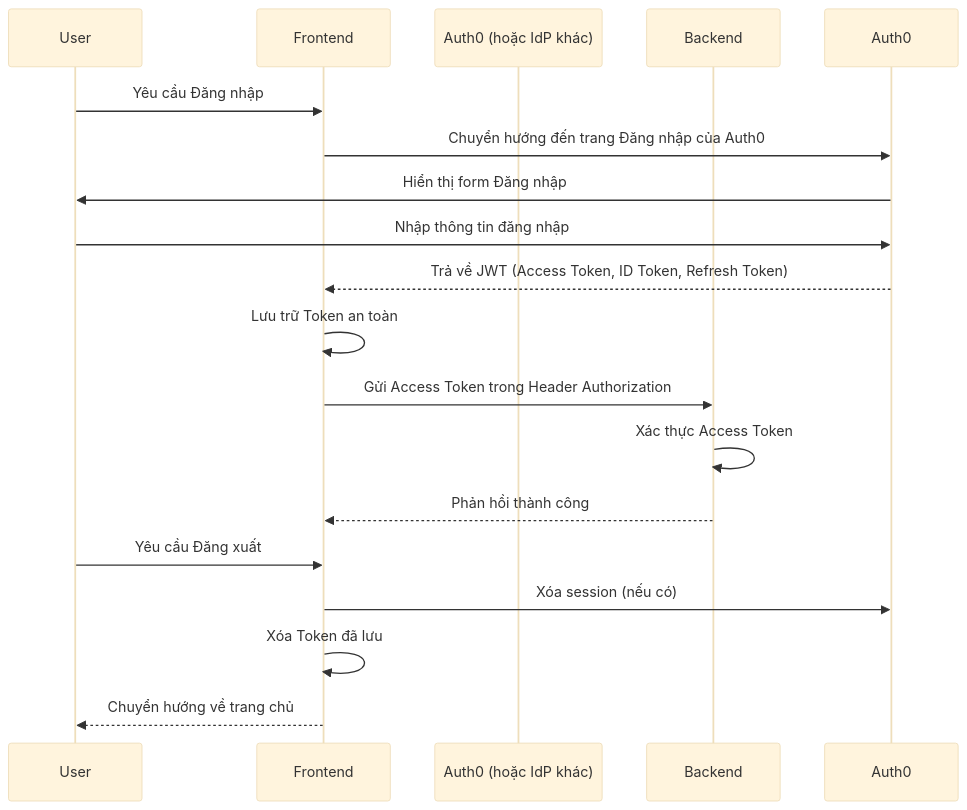
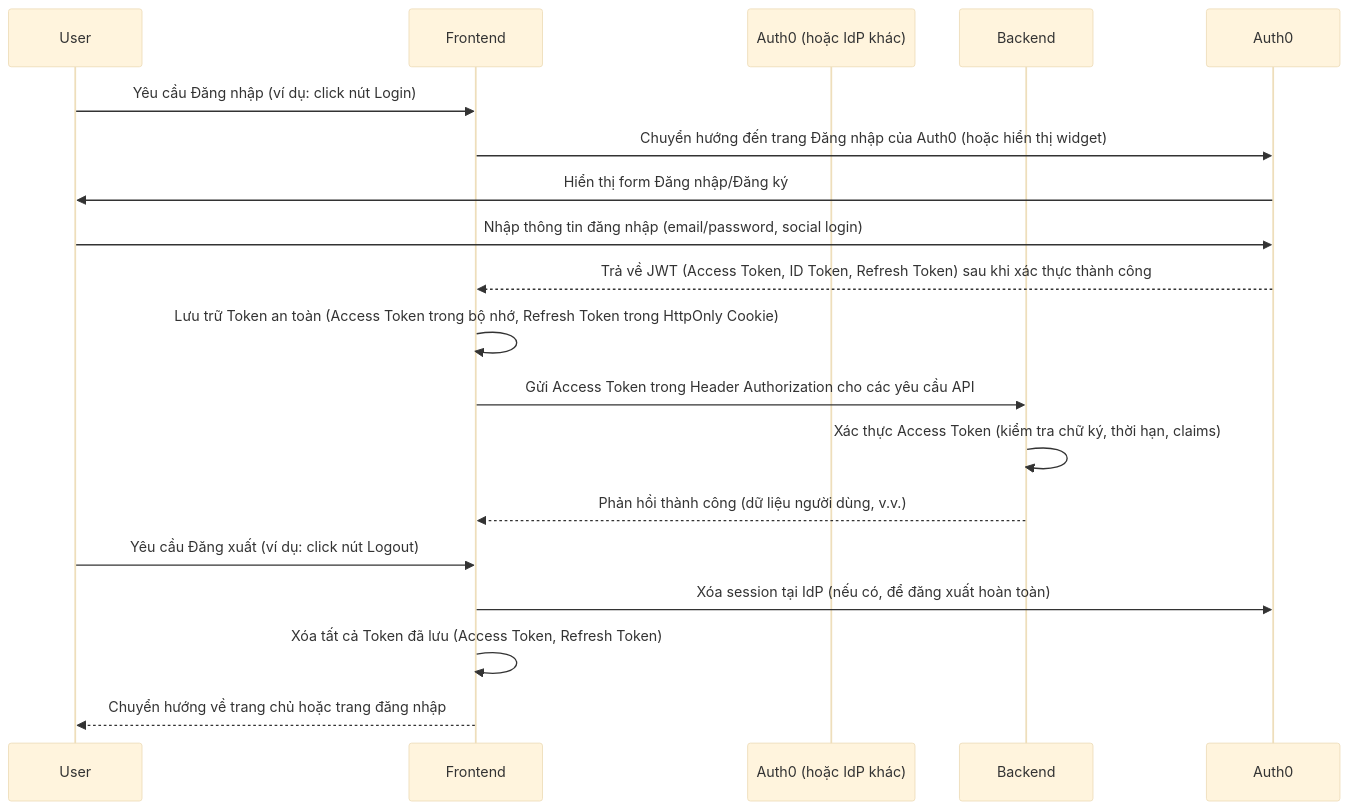
The diagram in docs/engineering/security-guide.md (hkthao/family-tree-3), drawn with Mermaid (base theme) before and after one commit. The commit also changed other lines of this file and 15 other files, not shown here.

````diff
--- a/docs/engineering/security-guide.md
+++ b/docs/engineering/security-guide.md
@@ -54,22 +95,22 @@
 ```mermaid
 sequenceDiagram
     participant User
     participant Frontend
     participant Auth0 (hoặc IdP khác)
     participant Backend
 
-    User->>Frontend: Yêu cầu Đăng nhập
-    Frontend->>Auth0: Chuyển hướng đến trang Đăng nhập của Auth0
-    Auth0->>User: Hiển thị form Đăng nhập
-    User->>Auth0: Nhập thông tin đăng nhập
-    Auth0-->>Frontend: Trả về JWT (Access Token, ID Token, Refresh Token)
-    Frontend->>Frontend: Lưu trữ Token an toàn
-    Frontend->>Backend: Gửi Access Token trong Header Authorization
-    Backend->>Backend: Xác thực Access Token
-    Backend-->>Frontend: Phản hồi thành công
+    User->>Frontend: Yêu cầu Đăng nhập (ví dụ: click nút Login)
+    Frontend->>Auth0: Chuyển hướng đến trang Đăng nhập của Auth0 (hoặc hiển thị widget)
+    Auth0->>User: Hiển thị form Đăng nhập/Đăng ký
+    User->>Auth0: Nhập thông tin đăng nhập (email/password, social login)
+    Auth0-->>Frontend: Trả về JWT (Access Token, ID Token, Refresh Token) sau khi xác thực thành công
+    Frontend->>Frontend: Lưu trữ Token an toàn (Access Token trong bộ nhớ, Refresh Token trong HttpOnly Cookie)
+    Frontend->>Backend: Gửi Access Token trong Header Authorization cho các yêu cầu API
+    Backend->>Backend: Xác thực Access Token (kiểm tra chữ ký, thời hạn, claims)
+    Backend-->>Frontend: Phản hồi thành công (dữ liệu người dùng, v.v.)
 
-    User->>Frontend: Yêu cầu Đăng xuất
-    Frontend->>Auth0: Xóa session (nếu có)
-    Frontend->>Frontend: Xóa Token đã lưu
-    Frontend-->>User: Chuyển hướng về trang chủ
+    User->>Frontend: Yêu cầu Đăng xuất (ví dụ: click nút Logout)
+    Frontend->>Auth0: Xóa session tại IdP (nếu có, để đăng xuất hoàn toàn)
+    Frontend->>Frontend: Xóa tất cả Token đã lưu (Access Token, Refresh Token)
+    Frontend-->>User: Chuyển hướng về trang chủ hoặc trang đăng nhập
 ```
````
